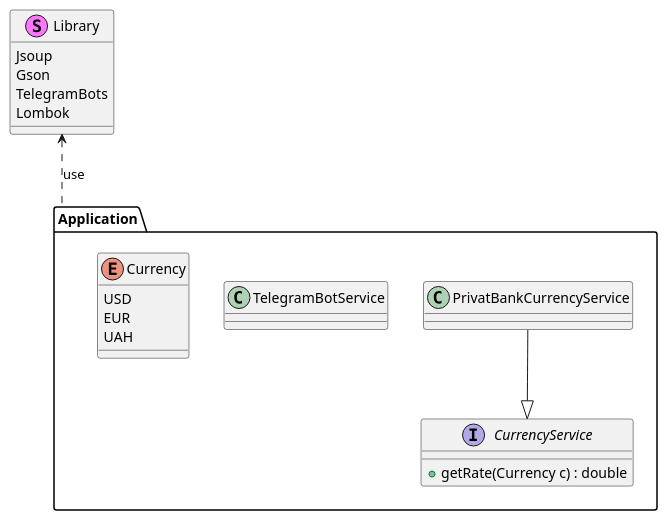
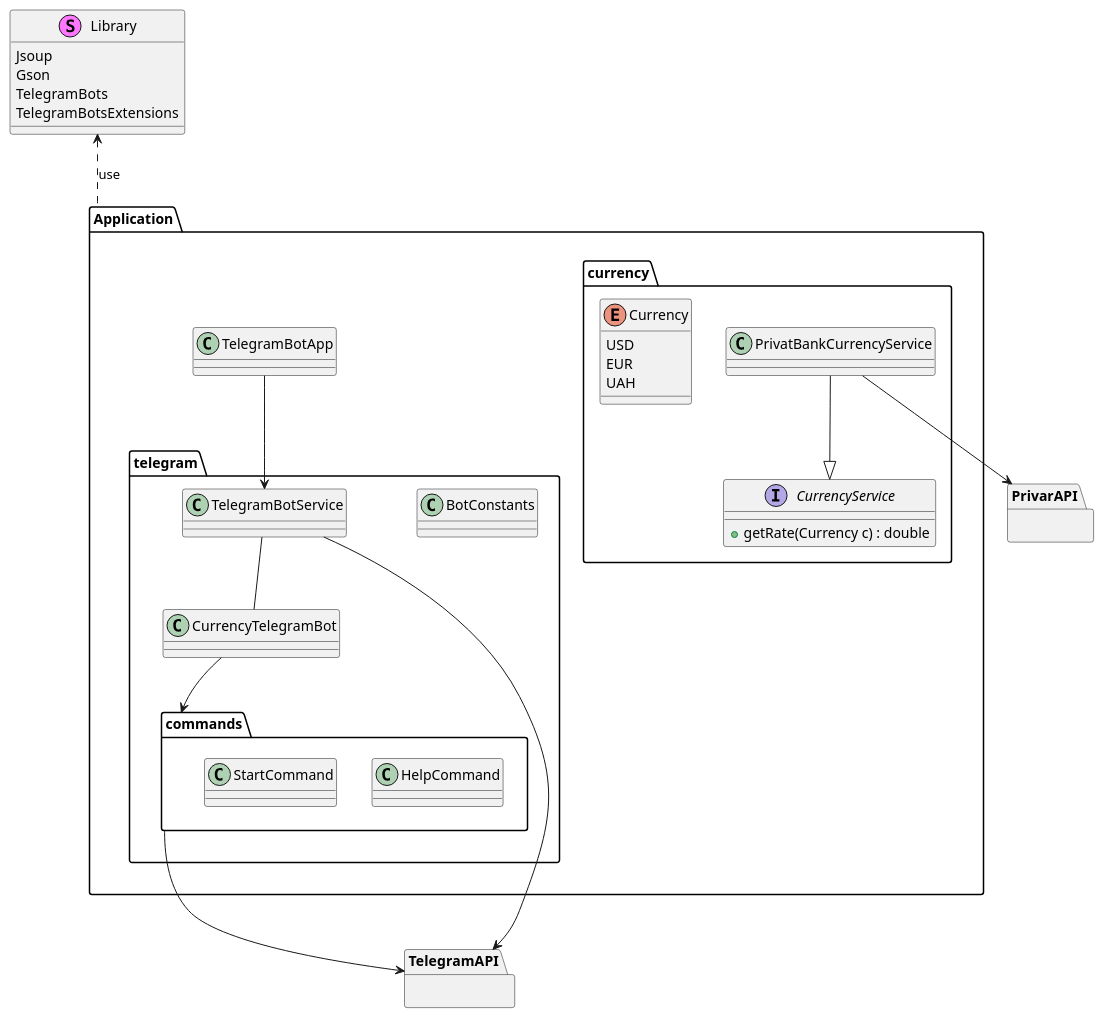
Before and after one commit to wwVitaliy/CurrencyRateTelegramBot: the diagram in src/main/java/AppScheme.puml, drawn with PlantUML. The commit also changed 8 other files, not shown here.

```diff
--- a/src/main/java/AppScheme.puml
+++ b/src/main/java/AppScheme.puml
@@ -1,32 +1,56 @@
 @startuml
 
 stereotype "Library"{
     Jsoup
     Gson
     TelegramBots
-    Lombok
+    TelegramBotsExtensions
 }
 
 "Library" <.. "Application" : use
+package "TelegramAPI"{
+}
+package "PrivarAPI"{
+}
 
 package "Application"{
+    class TelegramBotApp
 
-    interface CurrencyService{
-        + getRate(Currency c) : double
+    package "currency"{
+
+        interface CurrencyService{
+            + getRate(Currency c) : double
+        }
+
+        class PrivatBankCurrencyService
+
+        enum Currency{
+            USD
+            EUR
+            UAH
+        }
+
+        PrivatBankCurrencyService --|> CurrencyService
+        PrivatBankCurrencyService --> "PrivarAPI"
     }
 
-    class PrivatBankCurrencyService
+    package "telegram"{
+        class BotConstants
+        class TelegramBotService
+        class CurrencyTelegramBot
+        package "commands"{
+            class HelpCommand
+            class StartCommand
+        }
 
-    class TelegramBotService
-
-    enum Currency{
-        USD
-        EUR
-        UAH
+        TelegramBotService --> "TelegramAPI"
+        TelegramBotService -- CurrencyTelegramBot
+        CurrencyTelegramBot --> "commands"
+        "commands" --> "TelegramAPI"
     }
 
-    PrivatBankCurrencyService --|> CurrencyService
+    TelegramBotApp --> TelegramBotService
 
 }
 
 @enduml
```
